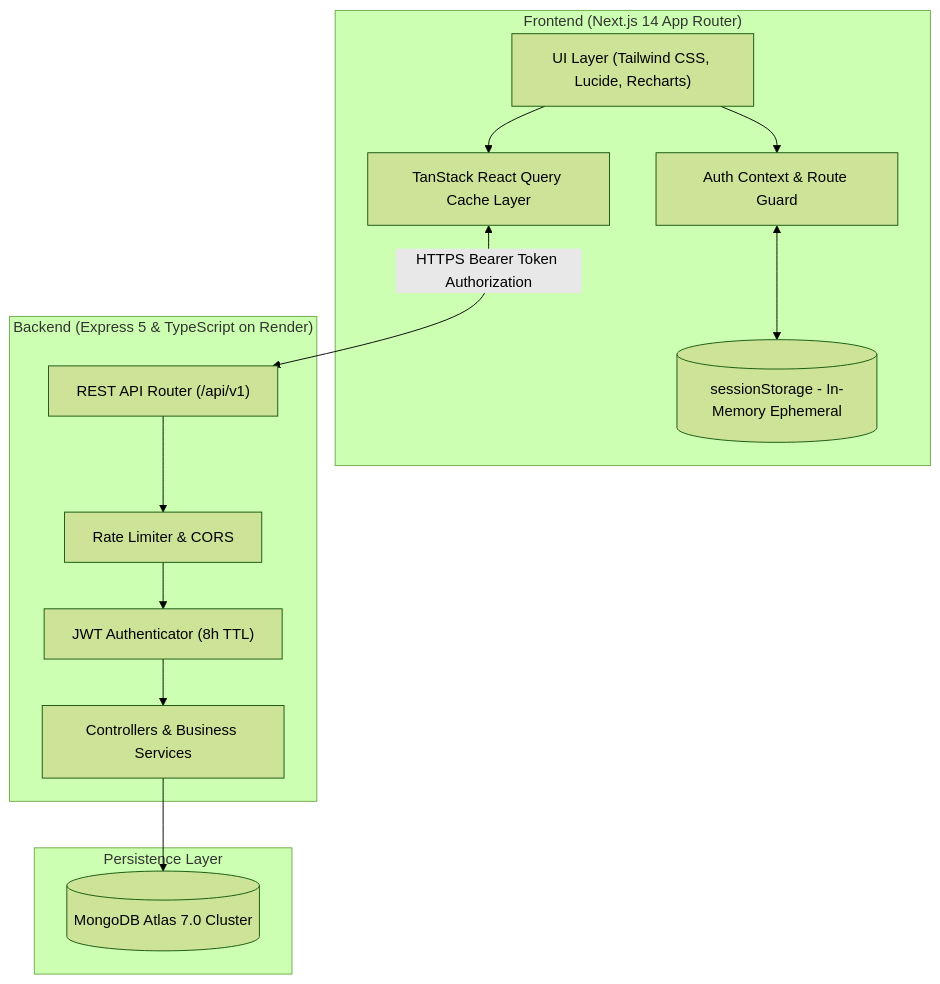
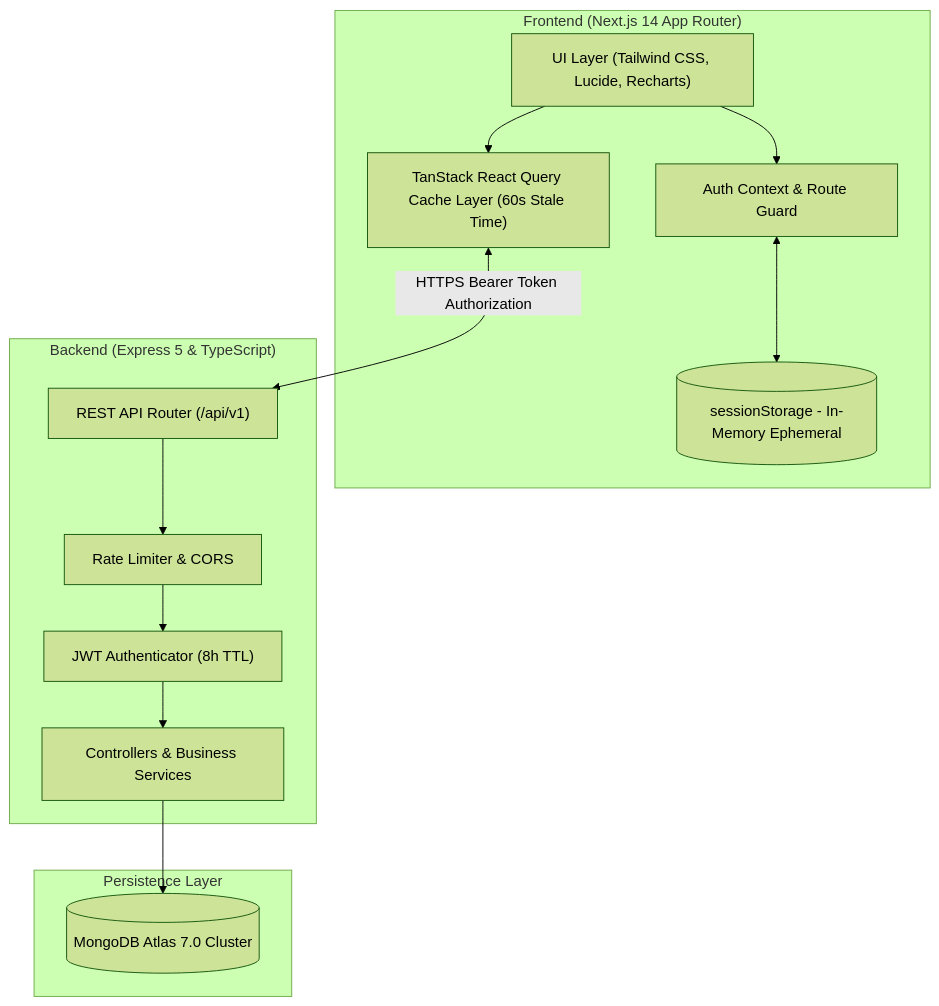
One commit to istiaq13/medical-management-frontend changed the diagram in README.md. Above: the diagram before and after it, drawn with Mermaid (forest theme). The commit also changed other lines of this file and 38 other files, not shown here.

````diff
--- a/README.md
+++ b/README.md
@@ -57,27 +66,27 @@
 ```mermaid
 flowchart TD
     subgraph Client ["Frontend (Next.js 14 App Router)"]
         UI["UI Layer (Tailwind CSS, Lucide, Recharts)"]
-        Query["TanStack React Query Cache Layer"]
+        Cache["TanStack React Query Cache Layer (60s Stale Time)"]
         AuthContext["Auth Context & Route Guard"]
         Storage[("sessionStorage - In-Memory Ephemeral")]
-        UI --> Query
+        UI --> Cache
         UI --> AuthContext
         AuthContext <--> Storage
     end
 
-    subgraph Backend ["Backend (Express 5 & TypeScript on Render)"]
+    subgraph Backend ["Backend (Express 5 & TypeScript)"]
         API["REST API Router (/api/v1)"]
         RateLimit["Rate Limiter & CORS"]
         JWTAuth["JWT Authenticator (8h TTL)"]
         Services["Controllers & Business Services"]
         API --> RateLimit --> JWTAuth --> Services
     end
 
     subgraph Database ["Persistence Layer"]
         Atlas[("MongoDB Atlas 7.0 Cluster")]
         Services --> Atlas
     end
 
-    Query <-->|HTTPS Bearer Token Authorization| API
+    Cache <-->|HTTPS Bearer Token Authorization| API
 ```
````
